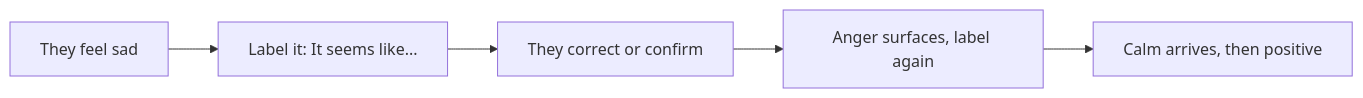
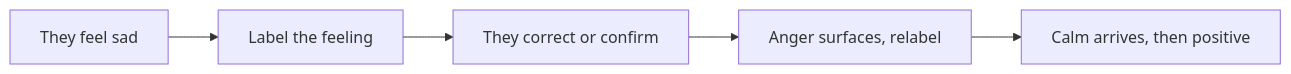
One commit to jrajath94/ai-podcast-curriculum changed the diagram in content/tracks/charisma/ep02.md. Above: the diagram before and after it, drawn with Mermaid.

Commit message:
Charisma: 35 figures (F1-F7 PASS)

````diff
--- a/content/tracks/charisma/ep02.md
+++ b/content/tracks/charisma/ep02.md
@@ -117,7 +117,7 @@
 ```mermaid
 graph LR
-    A[They feel sad] --> B[Label it: It seems like...]
+    A[They feel sad] --> B[Label the feeling]
     B --> C[They correct or confirm]
-    C --> D[Anger surfaces, label again]
+    C --> D[Anger surfaces, relabel]
     D --> E[Calm arrives, then positive]
 ```
````
